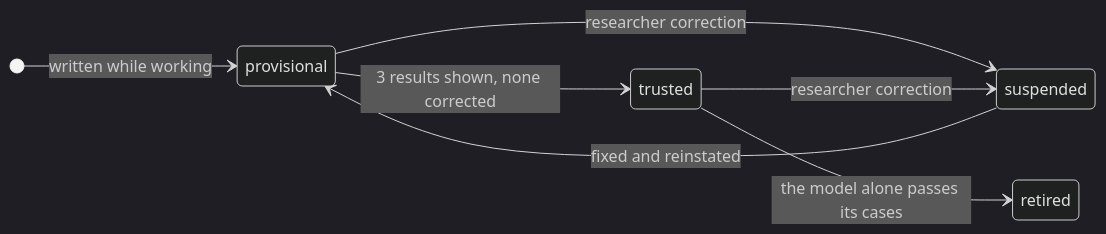
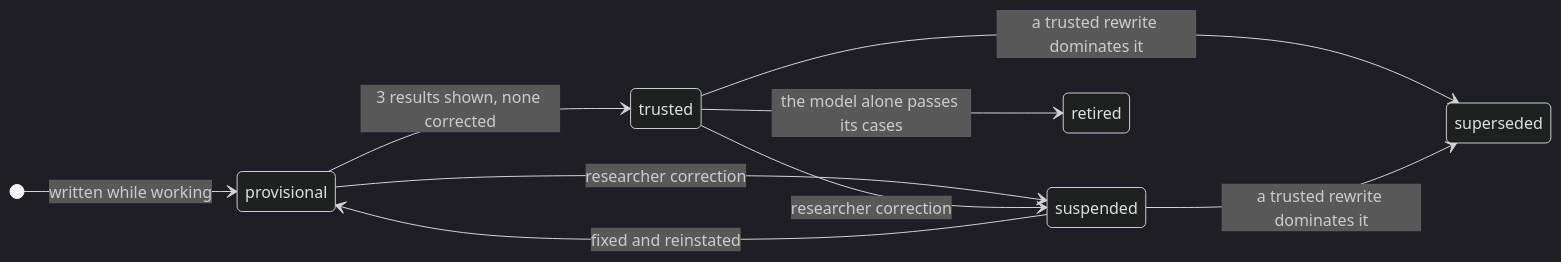
The diagram in README.md (Gennappio/WhiteSnake), drawn with Mermaid (dark theme) before and after one commit. The commit also changed other lines of this file and 37 other files, not shown here.

````diff
--- a/README.md
+++ b/README.md
@@ -55,10 +75,12 @@
 ```mermaid
 stateDiagram-v2
     direction LR
     [*] --> provisional: written while working
     provisional --> trusted: 3 results shown, none corrected
     provisional --> suspended: researcher correction
     trusted --> suspended: researcher correction
     suspended --> provisional: fixed and reinstated
+    trusted --> superseded: a trusted rewrite dominates it
+    suspended --> superseded: a trusted rewrite dominates it
     trusted --> retired: the model alone passes its cases
 ```
````
